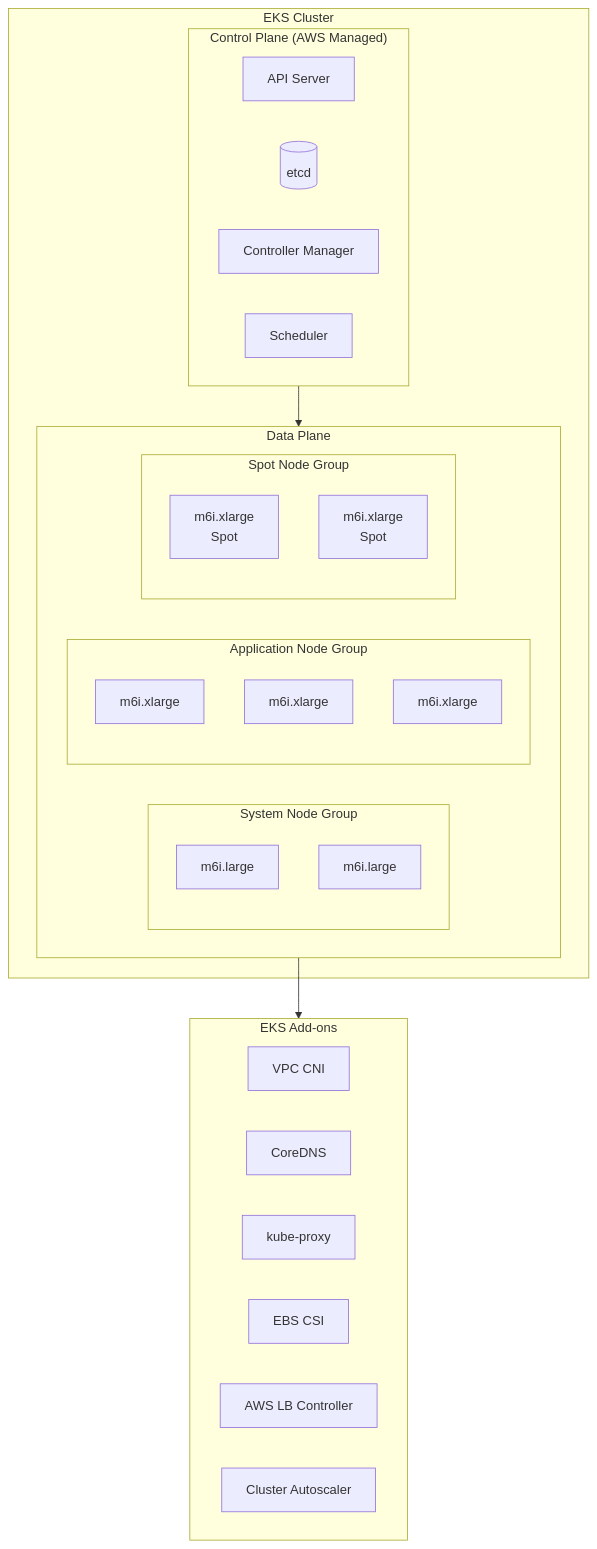
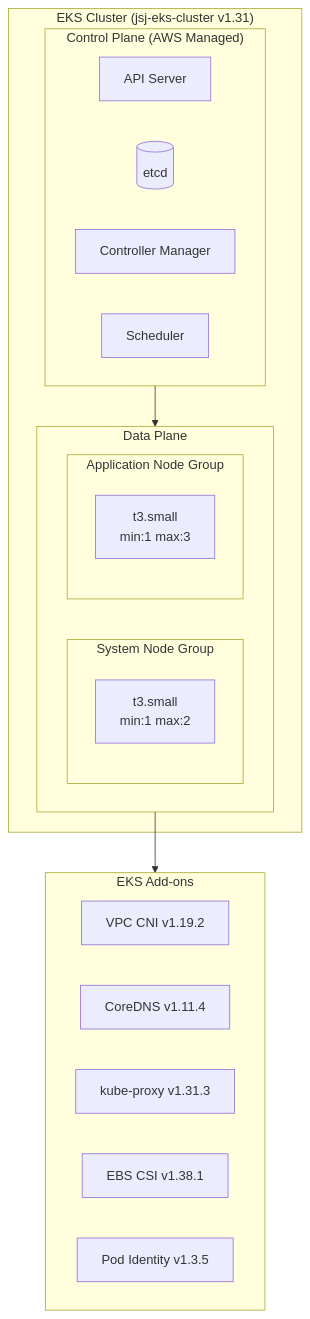
One commit to JSJ2337/AWS_EKS_terraform_code changed the fifth of 9 diagrams in docs/architecture.md. Above: the diagram before and after it, drawn with Mermaid. The commit also changed other lines of this file and 1 other file, not shown here.

Commit message:
docs: README.md 및 architecture.md 현재 상태 반영
- README.md: 현재 배포 상태, Terragrunt v0.96 명령어, 디렉토리 구조 업데이트
- architecture.md: EKS 노드 그룹(t3.small), 애드온 버전 정보 업데이트

````diff
--- a/docs/architecture.md
+++ b/docs/architecture.md
@@ -207,41 +207,32 @@
 ```mermaid
 flowchart TB
-    subgraph EKSCluster["EKS Cluster"]
+    subgraph EKSCluster["EKS Cluster (jsj-eks-cluster v1.31)"]
         subgraph ControlPlane["Control Plane (AWS Managed)"]
             API[API Server]
             ETCD[(etcd)]
             CM[Controller Manager]
             SCH[Scheduler]
         end
 
         subgraph DataPlane["Data Plane"]
             subgraph SystemNG["System Node Group"]
-                SYS1[m6i.large]
-                SYS2[m6i.large]
+                SYS1[t3.small<br/>min:1 max:2]
             end
 
             subgraph AppNG["Application Node Group"]
-                APP1[m6i.xlarge]
-                APP2[m6i.xlarge]
-                APP3[m6i.xlarge]
-            end
-
-            subgraph SpotNG["Spot Node Group"]
-                SPOT1[m6i.xlarge<br/>Spot]
-                SPOT2[m6i.xlarge<br/>Spot]
+                APP1[t3.small<br/>min:1 max:3]
             end
         end
     end
 
     subgraph Addons["EKS Add-ons"]
-        CNI[VPC CNI]
-        DNS[CoreDNS]
-        PROXY[kube-proxy]
-        EBS[EBS CSI]
-        LBC[AWS LB Controller]
-        CA[Cluster Autoscaler]
+        CNI[VPC CNI v1.19.2]
+        DNS[CoreDNS v1.11.4]
+        PROXY[kube-proxy v1.31.3]
+        EBS[EBS CSI v1.38.1]
+        POD_ID[Pod Identity v1.3.5]
     end
 
     ControlPlane --> DataPlane
     DataPlane --> Addons
 ```
````
